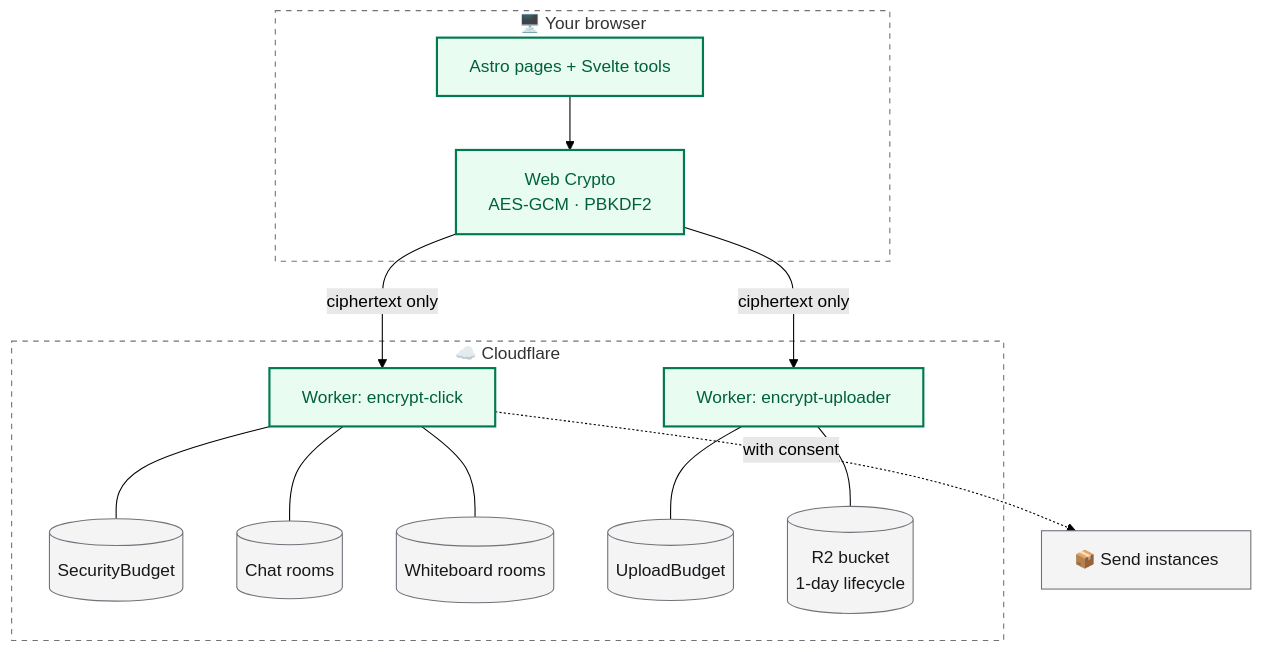
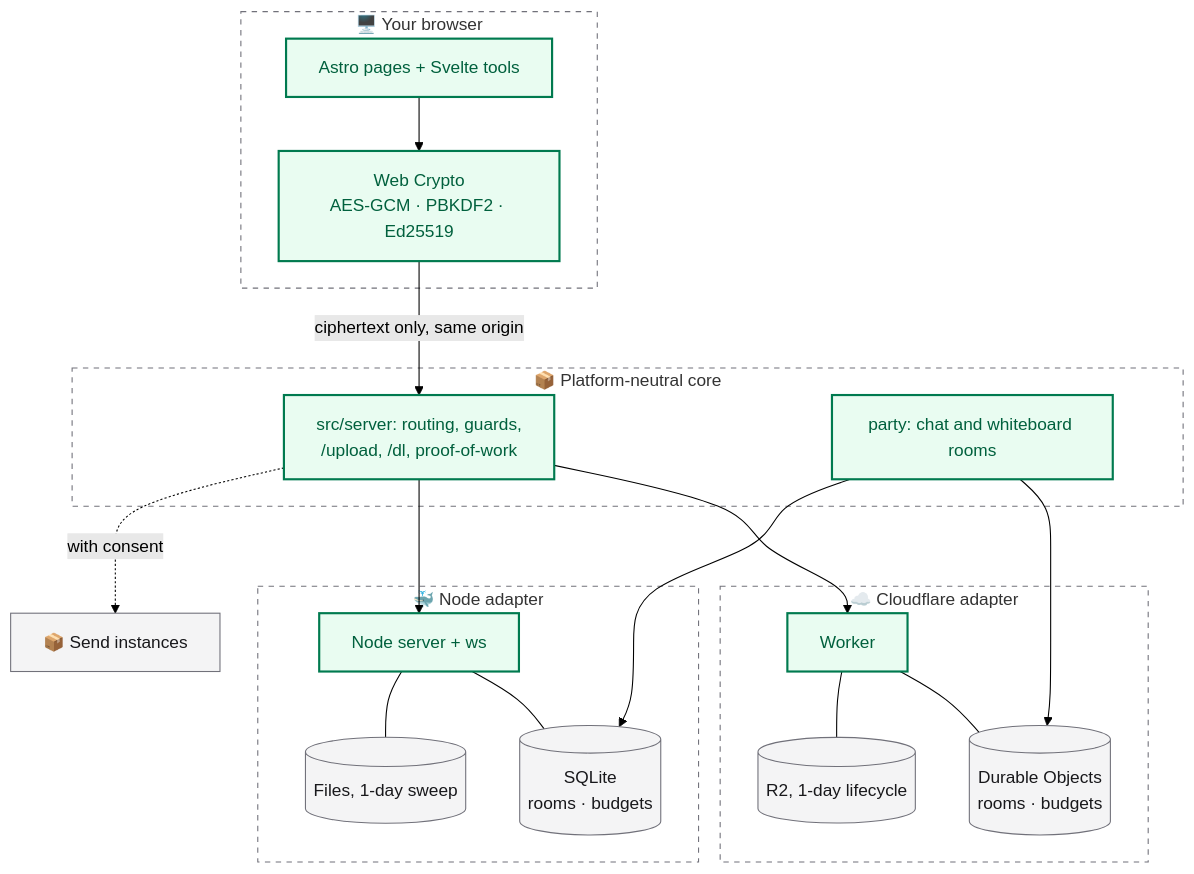
One commit to danielsebesta/encrypt changed the second of 2 diagrams in README.md. Above: the diagram before and after it, drawn with Mermaid (forest theme). The commit also changed other lines of this file and 56 other files, not shown here.

````diff
--- a/README.md
+++ b/README.md
@@ -172,23 +174,33 @@
 ```mermaid
 flowchart TB
   subgraph Browser["🖥️ Your browser"]
-    UI["Astro pages + Svelte tools"] --> WC["Web Crypto<br/>AES-GCM · PBKDF2"]
+    UI["Astro pages + Svelte tools"] --> WC["Web Crypto<br/>AES-GCM · PBKDF2 · Ed25519"]
   end
-  subgraph CF["☁️ Cloudflare"]
-    W["Worker: encrypt-click"] --- SB[("SecurityBudget")]
-    W --- CH[("Chat rooms")]
-    W --- WB[("Whiteboard rooms")]
-    U["Worker: encrypt-uploader"] --- UB[("UploadBudget")]
-    U --- R2[("R2 bucket<br/>1-day lifecycle")]
+  subgraph Core["📦 Platform-neutral core"]
+    APP["src/server: routing, guards,<br/>/upload, /dl, proof-of-work"]
+    ROOMS["party: chat and whiteboard rooms"]
   end
-  WC -- "ciphertext only" --> W
-  WC -- "ciphertext only" --> U
-  W -. "with consent" .-> SEND["📦 Send instances"]
+  subgraph CF["☁️ Cloudflare adapter"]
+    W["Worker"] --- DO[("Durable Objects<br/>rooms · budgets")]
+    W --- R2[("R2, 1-day lifecycle")]
+  end
+  subgraph NODE["🐳 Node adapter"]
+    N["Node server + ws"] --- SQL[("SQLite<br/>rooms · budgets")]
+    N --- FS[("Files, 1-day sweep")]
+  end
+  WC -- "ciphertext only, same origin" --> APP
+  APP --> W
+  APP --> N
+  ROOMS --> DO
+  ROOMS --> SQL
+  APP -. "with consent" .-> SEND["📦 Send instances"]
 
   classDef brand fill:#e9fcf1,stroke:#007a4f,color:#00603d,stroke-width:2px;
   classDef neutral fill:#f4f4f5,stroke:#71717a,color:#18181b;
-  class UI,WC,W,U brand;
-  class SB,CH,WB,UB,R2,SEND neutral;
+  class UI,WC,APP,ROOMS,W,N brand;
+  class DO,R2,SQL,FS,SEND neutral;
   style Browser fill:none,stroke:#71717a,stroke-dasharray:5 5
+  style Core fill:none,stroke:#71717a,stroke-dasharray:5 5
   style CF fill:none,stroke:#71717a,stroke-dasharray:5 5
+  style NODE fill:none,stroke:#71717a,stroke-dasharray:5 5
 ```
````
